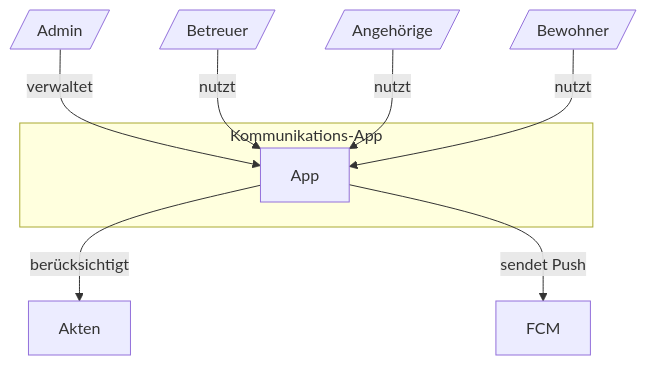
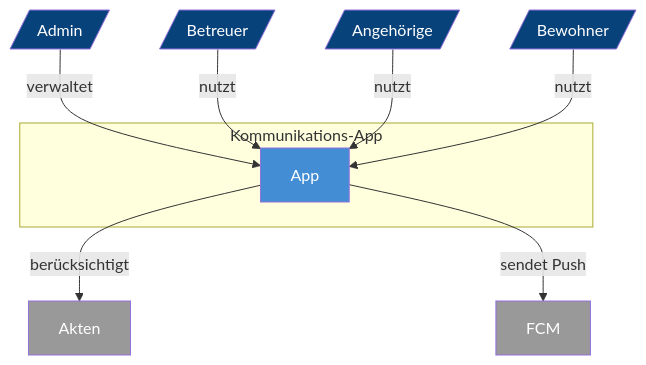
Before and after one commit to armiino/Agentic-GitHub-refactor: the first of 2 diagrams in docs/c4.md, drawn with Mermaid. The commit also changed other lines of this file, not shown here.

````diff
--- a/docs/c4.md
+++ b/docs/c4.md
@@ -15,21 +10,30 @@
 ```mermaid
 flowchart TB
   admin[/"Admin"/]
   user[/"Betreuer"/]
   relative[/"Angehörige"/]
   resident[/"Bewohner"/]
   records["Akten"]
   fcm["FCM"]
 
   subgraph app["Kommunikations-App"]
     core["App"]
   end
 
   admin -->|verwaltet| core
   user -->|nutzt| core
   relative -->|nutzt| core
   resident -->|nutzt| core
 
   core -->|berücksichtigt| records
   core -->|sendet Push| fcm
+
+  classDef person fill:#08427b,color:#fff
+  classDef container fill:#438dd5,color:#fff
+  classDef ext fill:#999,color:#fff
+  classDef gap fill:#f5a623,color:#000,stroke-dasharray: 5 5
+
+  class admin,user,relative,resident person
+  class core container
+  class records,fcm ext
 ```
````
